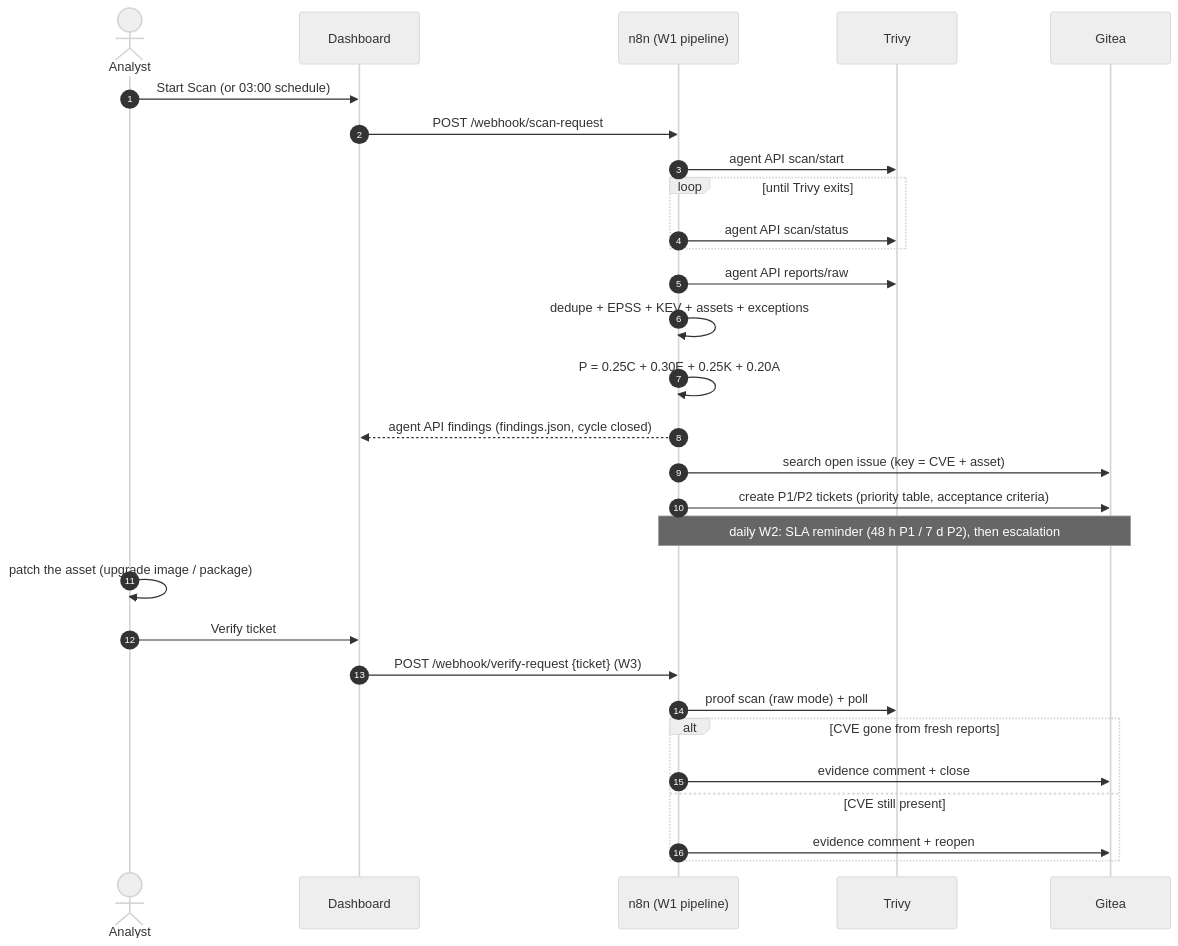
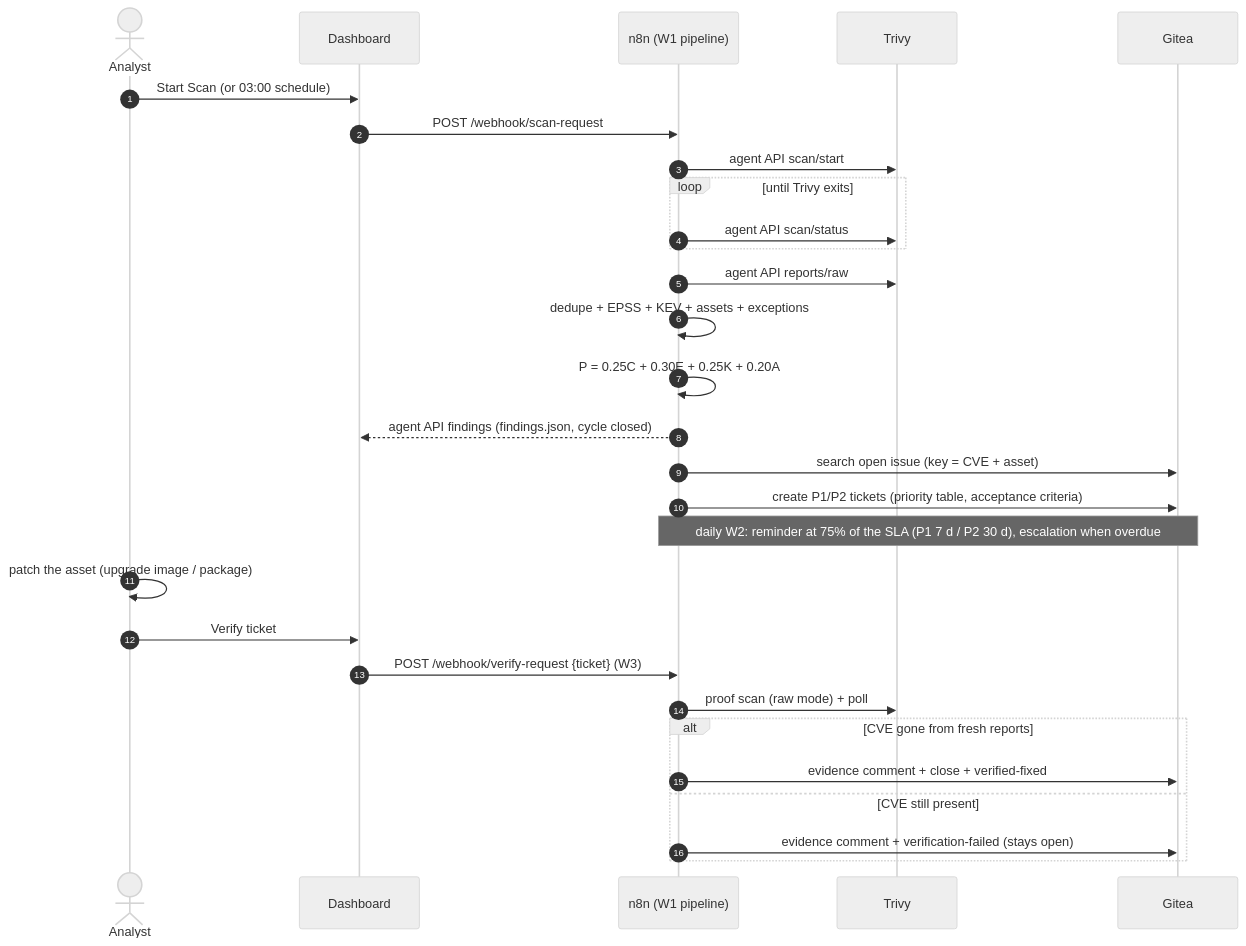
Before and after one commit to aminsmida2022-alt/Vulproject: the second of 4 diagrams in documentation/architecture.md, drawn with Mermaid (neutral theme). The commit also changed other lines of this file and 49 other files, not shown here.

First line of the commit message:
n8n: secrets from env, verification evidence in dashboard, report kit for 3 workflows

````diff
--- a/documentation/architecture.md
+++ b/documentation/architecture.md
@@ -49,32 +49,32 @@
 ```mermaid
 sequenceDiagram
     autonumber
     actor Analyst
     participant D as Dashboard
     participant N as n8n (W1 pipeline)
     participant T as Trivy
     participant G as Gitea
 
     Analyst->>D: Start Scan (or 03:00 schedule)
     D->>N: POST /webhook/scan-request
     N->>T: agent API scan/start
     loop until Trivy exits
         N->>T: agent API scan/status
     end
     N->>T: agent API reports/raw
     N->>N: dedupe + EPSS + KEV + assets + exceptions
     N->>N: P = 0.25C + 0.30E + 0.25K + 0.20A
     N-->>D: agent API findings (findings.json, cycle closed)
     N->>G: search open issue (key = CVE + asset)
     N->>G: create P1/P2 tickets (priority table, acceptance criteria)
-    Note over N,G: daily W2: SLA reminder (48 h P1 / 7 d P2), then escalation
+    Note over N,G: daily W2: reminder at 75% of the SLA (P1 7 d / P2 30 d), escalation when overdue
     Analyst->>Analyst: patch the asset (upgrade image / package)
     Analyst->>D: Verify ticket
     D->>N: POST /webhook/verify-request {ticket}  (W3)
     N->>T: proof scan (raw mode) + poll
     alt CVE gone from fresh reports
-        N->>G: evidence comment + close
+        N->>G: evidence comment + close + verified-fixed
     else CVE still present
-        N->>G: evidence comment + reopen
+        N->>G: evidence comment + verification-failed (stays open)
     end
 ```
````
